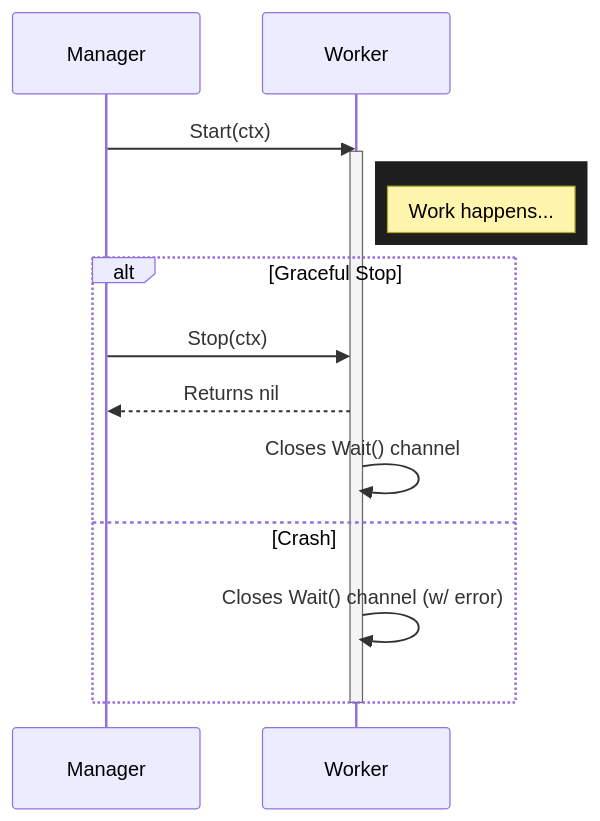
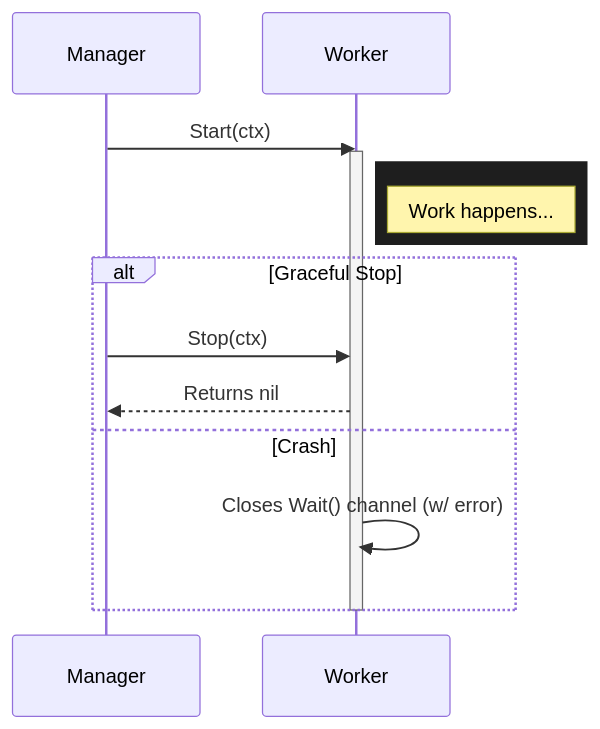
Before and after one commit to aretw0/lifecycle: the fifth of 6 diagrams in docs/TECHNICAL.md, drawn with Mermaid. The commit also changed other lines of this file, not shown here.

````diff
--- a/docs/TECHNICAL.md
+++ b/docs/TECHNICAL.md
@@ -246,21 +219,20 @@
 ```mermaid
 sequenceDiagram
     participant Manager
     participant Worker
     
     Manager->>Worker: Start(ctx)
     activate Worker
     
     rect rgb(30, 30, 30)
         note right of Worker: Work happens...
     end
 
     alt Graceful Stop
         Manager->>Worker: Stop(ctx)
         Worker-->>Manager: Returns nil
-        Worker->>Worker: Closes Wait() channel
     else Crash
         Worker->>Worker: Closes Wait() channel (w/ error)
     end
     deactivate Worker
 ```
````
